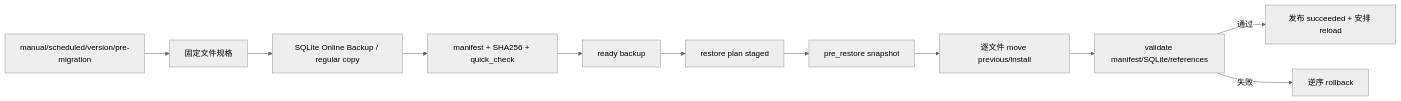
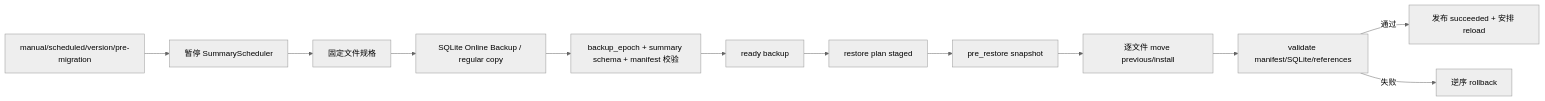
Before and after one commit to INSide-734/astrbot_plugin_memora: the diagram in core/features/backup/AGENTS.md, drawn with Mermaid (neutral theme). The commit also changed other lines of this file and 44 other files, not shown here.

````diff
--- a/core/features/backup/AGENTS.md
+++ b/core/features/backup/AGENTS.md
@@ -19,13 +19,14 @@
 ```mermaid
 flowchart LR
-    A[manual/scheduled/version/pre-migration] --> B[固定文件规格]
+    A[manual/scheduled/version/pre-migration] --> Q[暂停 SummaryScheduler]
+    Q --> B[固定文件规格]
     B --> C[SQLite Online Backup / regular copy]
-    C --> D[manifest + SHA256 + quick_check]
+    C --> D[backup_epoch + summary schema + manifest 校验]
     D --> E[ready backup]
     E --> F[restore plan staged]
     F --> G[pre_restore snapshot]
     G --> H[逐文件 move previous/install]
     H --> I[validate manifest/SQLite/references]
     I -->|通过| J[发布 succeeded + 安排 reload]
     I -->|失败| K[逆序 rollback]
 ```
````
